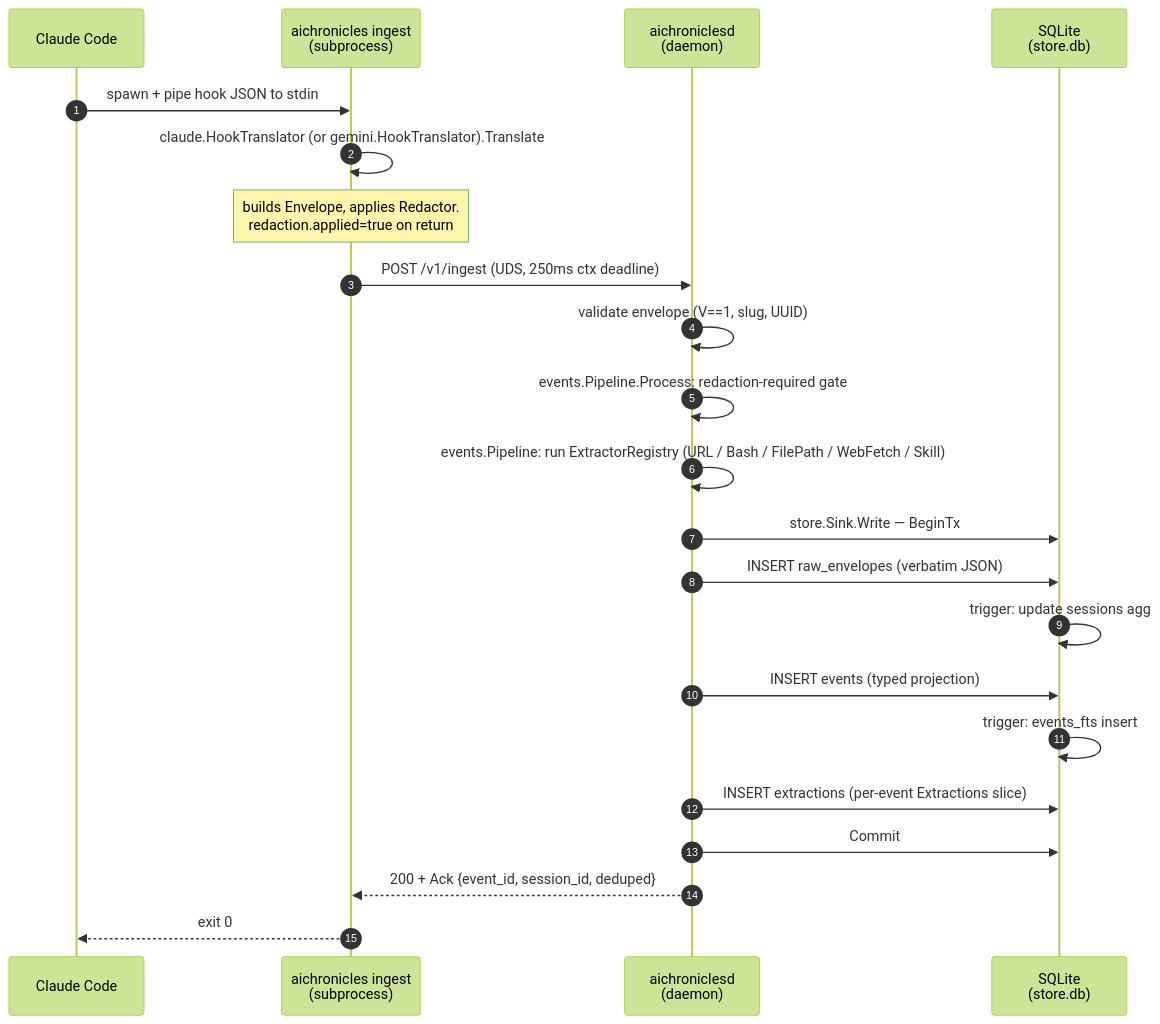
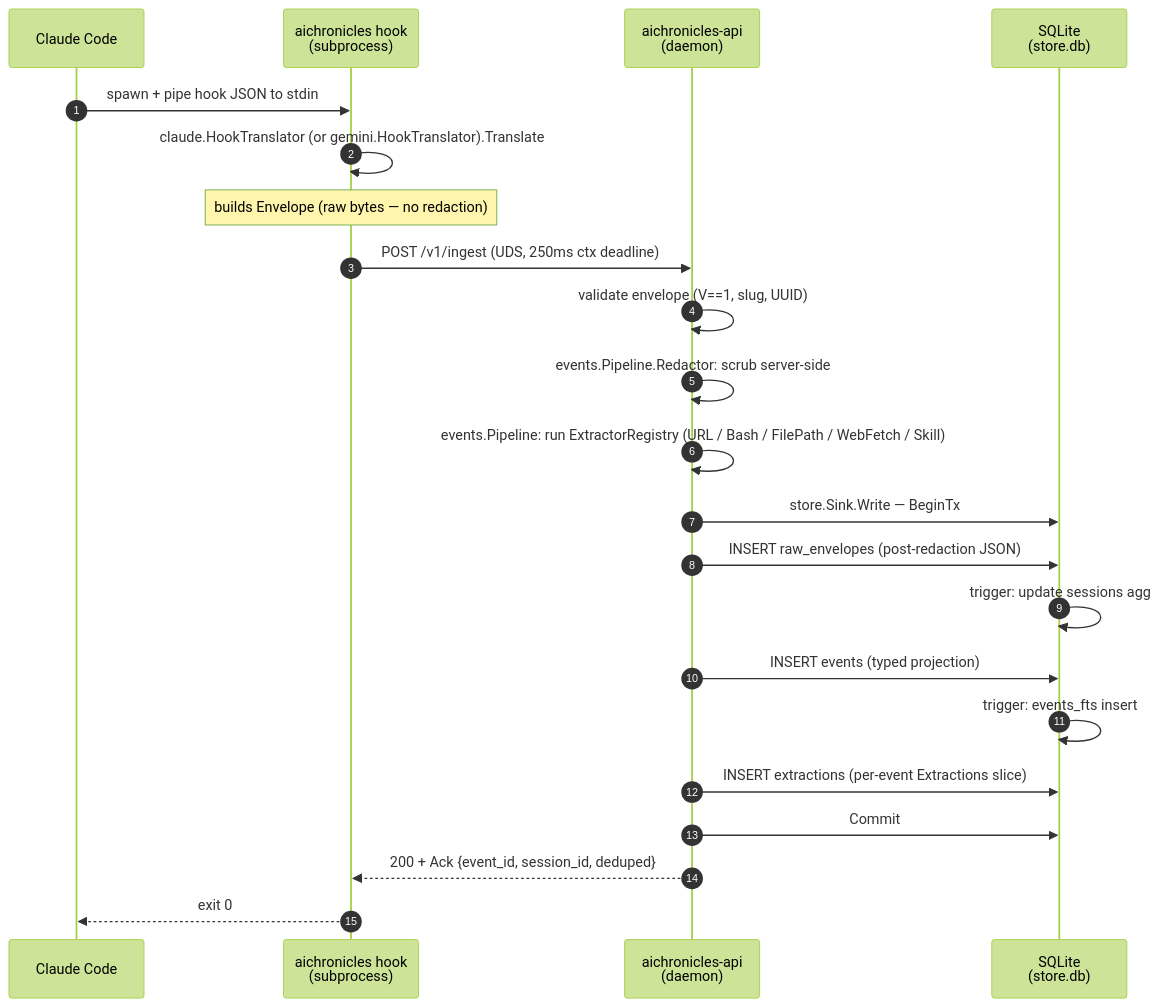
The first of 5 diagrams in docs/explanation/data-flow.md (toabctl/aichronicles), drawn with Mermaid (forest theme) before and after one commit. The commit also changed other lines of this file and 53 other files, not shown here.

First line of the commit message:
docs: reflect single-daemon api-only architecture

````diff
--- a/docs/explanation/data-flow.md
+++ b/docs/explanation/data-flow.md
@@ -42,25 +43,25 @@
 ```mermaid
 sequenceDiagram
     autonumber
     participant CC as Claude Code
-    participant IC as aichronicles ingest<br/>(subprocess)
-    participant D as aichroniclesd<br/>(daemon)
+    participant HK as aichronicles hook<br/>(subprocess)
+    participant API as aichronicles-api<br/>(daemon)
     participant SQ as SQLite<br/>(store.db)
 
-    CC->>IC: spawn + pipe hook JSON to stdin
-    IC->>IC: claude.HookTranslator (or gemini.HookTranslator).Translate
-    Note over IC: builds Envelope, applies Redactor.<br/>redaction.applied=true on return
-    IC->>D: POST /v1/ingest (UDS, 250ms ctx deadline)
-    D->>D: validate envelope (V==1, slug, UUID)
-    D->>D: events.Pipeline.Process: redaction-required gate
-    D->>D: events.Pipeline: run ExtractorRegistry (URL / Bash / FilePath / WebFetch / Skill)
-    D->>SQ: store.Sink.Write — BeginTx
-    D->>SQ: INSERT raw_envelopes (verbatim JSON)
+    CC->>HK: spawn + pipe hook JSON to stdin
+    HK->>HK: claude.HookTranslator (or gemini.HookTranslator).Translate
+    Note over HK: builds Envelope (raw bytes — no redaction)
+    HK->>API: POST /v1/ingest (UDS, 250ms ctx deadline)
+    API->>API: validate envelope (V==1, slug, UUID)
+    API->>API: events.Pipeline.Redactor: scrub server-side
+    API->>API: events.Pipeline: run ExtractorRegistry (URL / Bash / FilePath / WebFetch / Skill)
+    API->>SQ: store.Sink.Write — BeginTx
+    API->>SQ: INSERT raw_envelopes (post-redaction JSON)
     SQ->>SQ: trigger: update sessions agg
-    D->>SQ: INSERT events (typed projection)
+    API->>SQ: INSERT events (typed projection)
     SQ->>SQ: trigger: events_fts insert
-    D->>SQ: INSERT extractions (per-event Extractions slice)
-    D->>SQ: Commit
-    D-->>IC: 200 + Ack {event_id, session_id, deduped}
-    IC-->>CC: exit 0
+    API->>SQ: INSERT extractions (per-event Extractions slice)
+    API->>SQ: Commit
+    API-->>HK: 200 + Ack {event_id, session_id, deduped}
+    HK-->>CC: exit 0
 ```
````
